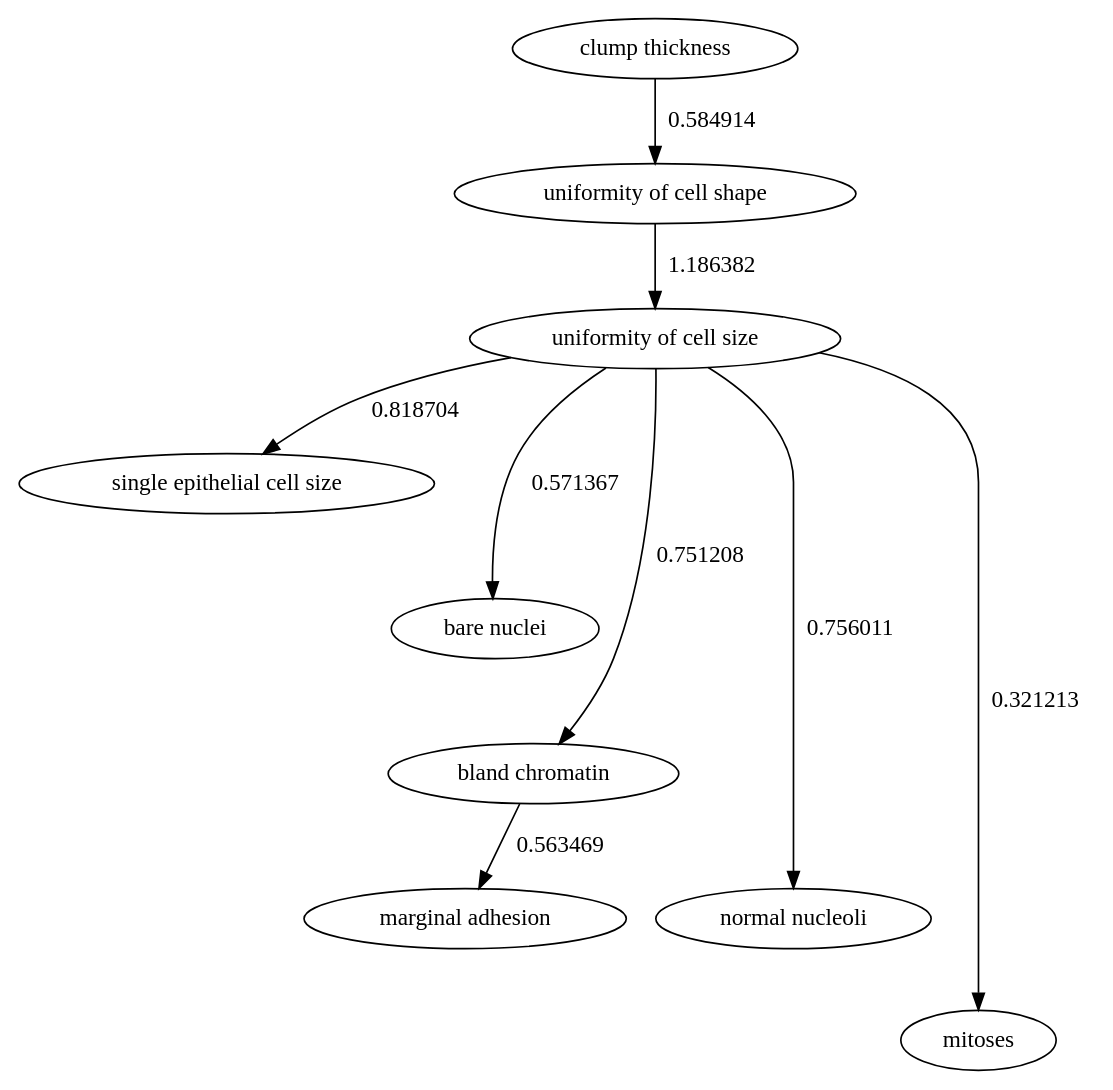
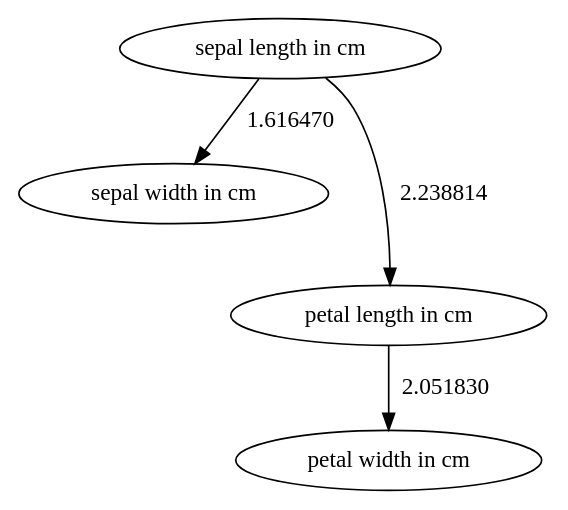
The diagram in src/CSCI446_Project3_MachineLearning/mst1.dot (byrdie/CSCI446_Artificial_Intelligence_Project3_MachineLearning), drawn with Graphviz before and after one commit. The commit also changed 9 other files, not shown here.

```diff
--- a/src/CSCI446_Project3_MachineLearning/mst1.dot
+++ b/src/CSCI446_Project3_MachineLearning/mst1.dot
@@ -1,26 +1,12 @@
 digraph {
-	clumpthickness	 [label="clump thickness"];
-	uniformityofcellshape	 [label="uniformity of cell shape"];
-	clumpthickness -> uniformityofcellshape	 [label=0.584914,
+	sepallengthincm	 [label="sepal length in cm"];
+	sepalwidthincm	 [label="sepal width in cm"];
+	sepallengthincm -> sepalwidthincm	 [label=1.616470,
 		minlen=1];
-	uniformityofcellsize	 [label="uniformity of cell size"];
-	singleepithelialcellsize	 [label="single epithelial cell size"];
-	uniformityofcellsize -> singleepithelialcellsize	 [label=0.818704,
-		minlen=1];
-	barenuclei	 [label="bare nuclei"];
-	uniformityofcellsize -> barenuclei	 [label=0.571367,
+	petallengthincm	 [label="petal length in cm"];
+	sepallengthincm -> petallengthincm	 [label=2.238814,
 		minlen=2];
-	blandchromatin	 [label="bland chromatin"];
-	uniformityofcellsize -> blandchromatin	 [label=0.751208,
-		minlen=3];
-	normalnucleoli	 [label="normal nucleoli"];
-	uniformityofcellsize -> normalnucleoli	 [label=0.756011,
-		minlen=4];
-	mitoses	 [label=mitoses];
-	uniformityofcellsize -> mitoses	 [label=0.321213,
-		minlen=5];
-	uniformityofcellshape -> uniformityofcellsize	 [label=1.186382];
-	marginaladhesion	 [label="marginal adhesion"];
-	blandchromatin -> marginaladhesion	 [label=0.563469,
+	petalwidthincm	 [label="petal width in cm"];
+	petallengthincm -> petalwidthincm	 [label=2.051830,
 		minlen=1];
 }
```
